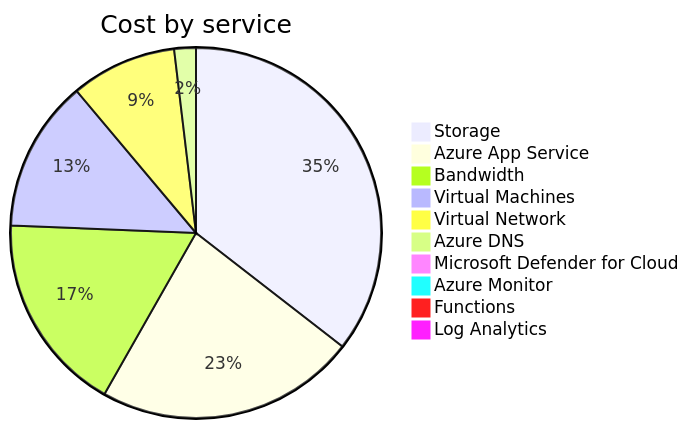
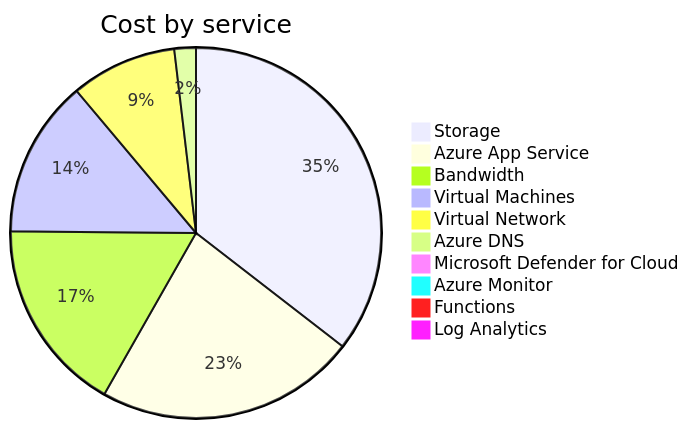
Before and after one commit to jpfulton/azure-personal-reports: the second of 4 diagrams in cost-reports/accumulated-cost.md, drawn with Mermaid. The commit also changed other lines of this file and 4 other files, not shown here.

````diff
--- a/cost-reports/accumulated-cost.md
+++ b/cost-reports/accumulated-cost.md
@@ -100,14 +100,14 @@
 ```mermaid
 pie
    title Cost by service
-   "Storage" : 19.34
-   "Azure App Service" : 12.38
-   "Bandwidth" : 9.49
-   "Virtual Machines" : 7.21
-   "Virtual Network" : 5.03
-   "Azure DNS" : 1.03
-   "Microsoft Defender for Cloud" : 0.50
+   "Storage" : 20.20
+   "Azure App Service" : 12.95
+   "Bandwidth" : 9.63
+   "Virtual Machines" : 7.82
+   "Virtual Network" : 5.26
+   "Azure DNS" : 1.07
+   "Microsoft Defender for Cloud" : 0.53
    "Azure Monitor" : 0.00
    "Functions" : 0.00
    "Log Analytics" : 0.00
 ```
````
